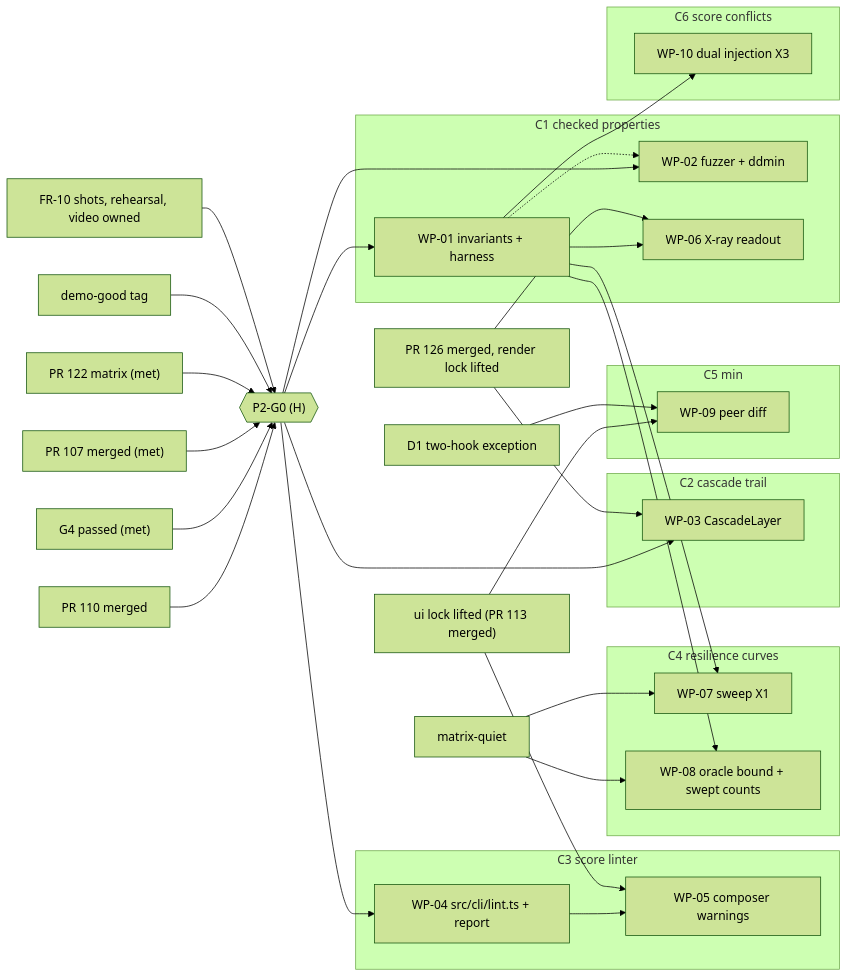
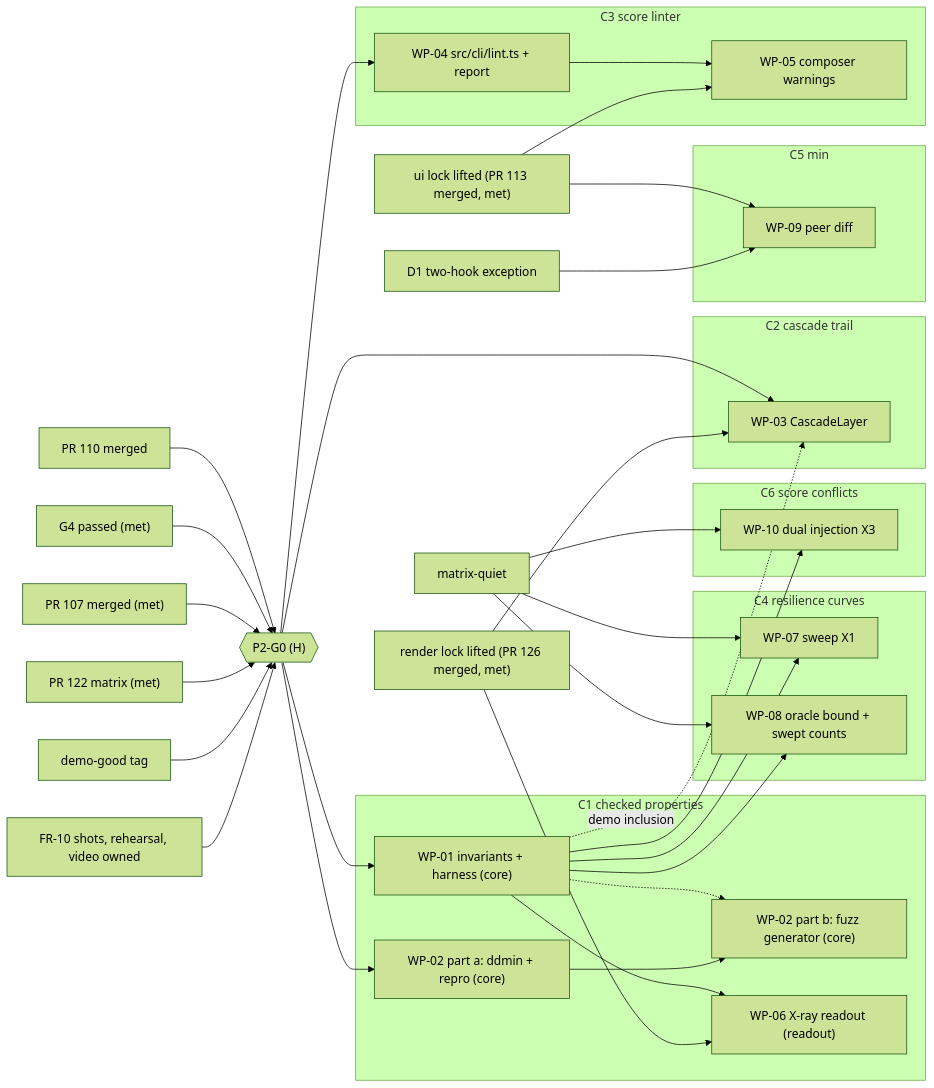
One commit to durhacko/Pihh changed the first of 2 diagrams in docs/planning/PHASE2_ROADMAP.md. Above: the diagram before and after it, drawn with Mermaid (forest theme). The commit also changed other lines of this file and 8 other files, not shown here.

````diff
--- a/docs/planning/PHASE2_ROADMAP.md
+++ b/docs/planning/PHASE2_ROADMAP.md
@@ -84,46 +90,50 @@
 ```mermaid
 flowchart LR
   B110["PR 110 merged"] --> G0H{{"P2-G0 (H)"}}
   G4["G4 passed (met)"] --> G0H
   B107["PR 107 merged (met)"] --> G0H
   B122s["PR 122 matrix (met)"] --> G0H
   TAG["demo-good tag"] --> G0H
   OWN["FR-10 shots, rehearsal, video owned"] --> G0H
   subgraph C1["C1 checked properties"]
-    W01["WP-01 invariants + harness"]
-    W02["WP-02 fuzzer + ddmin"]
-    W06["WP-06 X-ray readout"]
+    W01["WP-01 invariants + harness (core)"]
+    W02a["WP-02 part a: ddmin + repro (core)"]
+    W02b["WP-02 part b: fuzz generator (core)"]
+    W06["WP-06 X-ray readout (readout)"]
   end
   subgraph C2["C2 cascade trail"]
     W03["WP-03 CascadeLayer"]
   end
   subgraph C3["C3 score linter"]
     W04["WP-04 src/cli/lint.ts + report"] --> W05["WP-05 composer warnings"]
   end
   subgraph C4["C4 resilience curves"]
     W07["WP-07 sweep X1"]
     W08["WP-08 oracle bound + swept counts"]
   end
   subgraph C5["C5 min"]
     W09["WP-09 peer diff"]
   end
   subgraph C6["C6 score conflicts"]
     W10["WP-10 dual injection X3"]
   end
   G0H --> W01
-  G0H --> W02
+  G0H --> W02a
   G0H --> W03
   G0H --> W04
-  W01 -.-> W02
+  W01 -.-> W02b
+  W02a --> W02b
+  W01 -.->|demo inclusion| W03
   W01 --> W06
   W01 --> W07
   W01 --> W08
   W01 --> W10
-  B126["PR 126 merged, render lock lifted"] --> W03
+  B126["render lock lifted (PR 126 merged, met)"] --> W03
   B126 --> W06
-  UI["ui lock lifted (PR 113 merged)"] --> W05
+  UI["ui lock lifted (PR 113 merged, met)"] --> W05
   UI --> W09
   D1X["D1 two-hook exception"] --> W09
   MQ["matrix-quiet"] --> W07
   MQ --> W08
+  MQ --> W10
 ```
````
